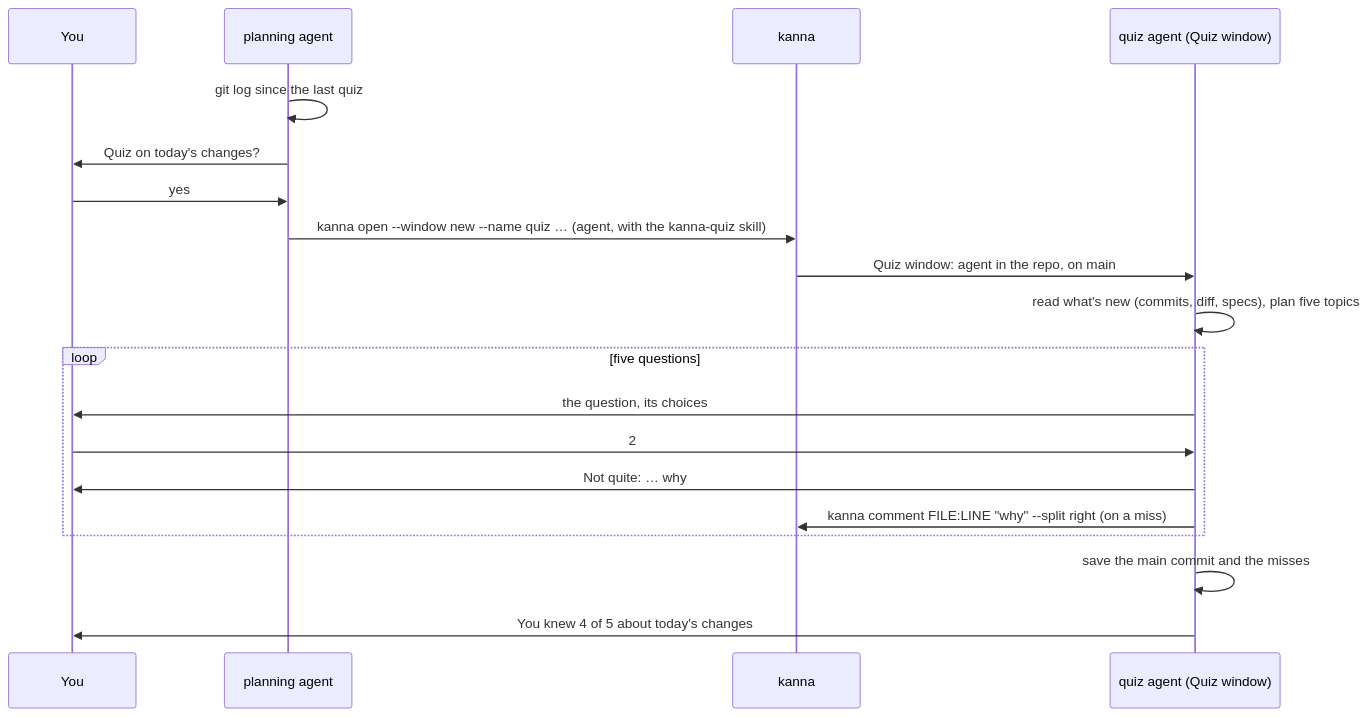
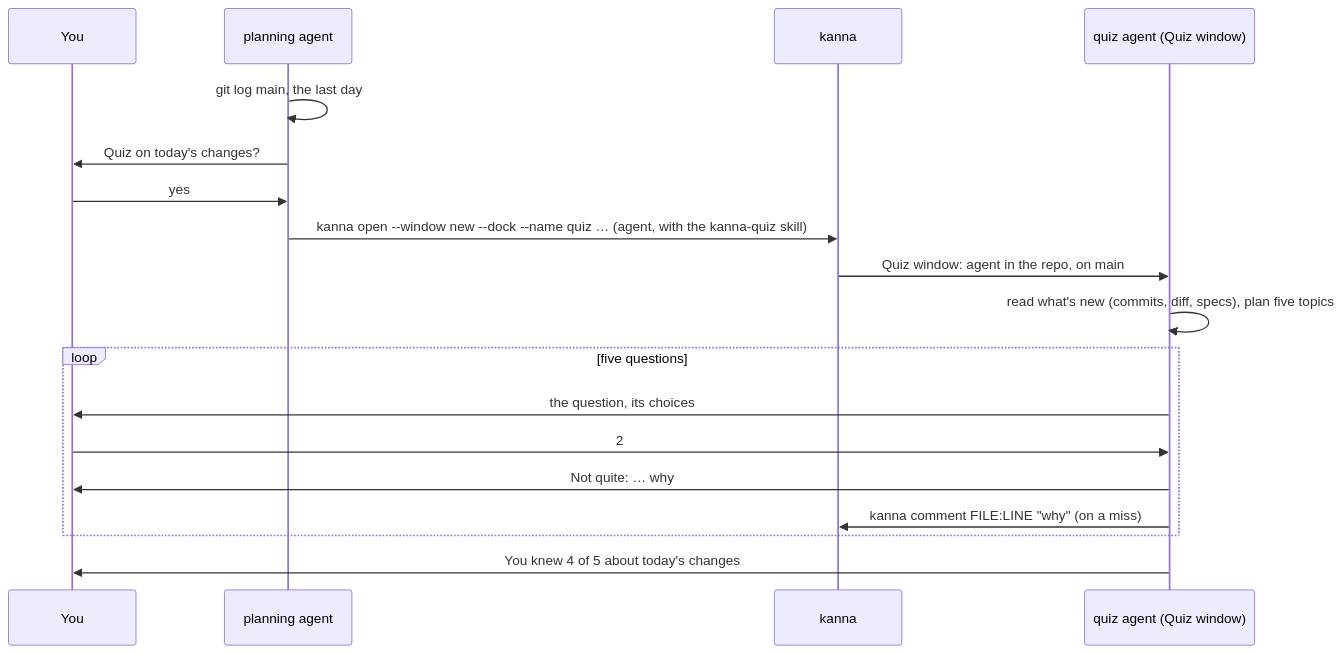
The first of 2 diagrams in docs/specs/quiz.md (jemdiggity/kanna-v4), drawn with Mermaid before and after one commit. The commit also changed other lines of this file and 10 other files, not shown here.

Commit message:
Quiz spec: nothing kept between rounds, each is about main's last day; the drawings are mermaid diagrams A, B and C in one markdown tab beside the docked quiz agent

````diff
--- a/docs/specs/quiz.md
+++ b/docs/specs/quiz.md
@@ -28,21 +27,20 @@
 ```mermaid
 sequenceDiagram
     participant You
     participant P as planning agent
     participant K as kanna
     participant Q as quiz agent (Quiz window)
-    P->>P: git log since the last quiz
+    P->>P: git log main, the last day
     P->>You: Quiz on today's changes?
     You->>P: yes
-    P->>K: kanna open --window new --name quiz … (agent, with the kanna-quiz skill)
+    P->>K: kanna open --window new --dock --name quiz … (agent, with the kanna-quiz skill)
     K->>Q: Quiz window: agent in the repo, on main
     Q->>Q: read what's new (commits, diff, specs), plan five topics
     loop five questions
         Q->>You: the question, its choices
         You->>Q: 2
         Q->>You: Not quite: … why
-        Q->>K: kanna comment FILE:LINE "why" --split right (on a miss)
+        Q->>K: kanna comment FILE:LINE "why" (on a miss)
     end
-    Q->>Q: save the main commit and the misses
     Q->>You: You knew 4 of 5 about today's changes
 ```
````
